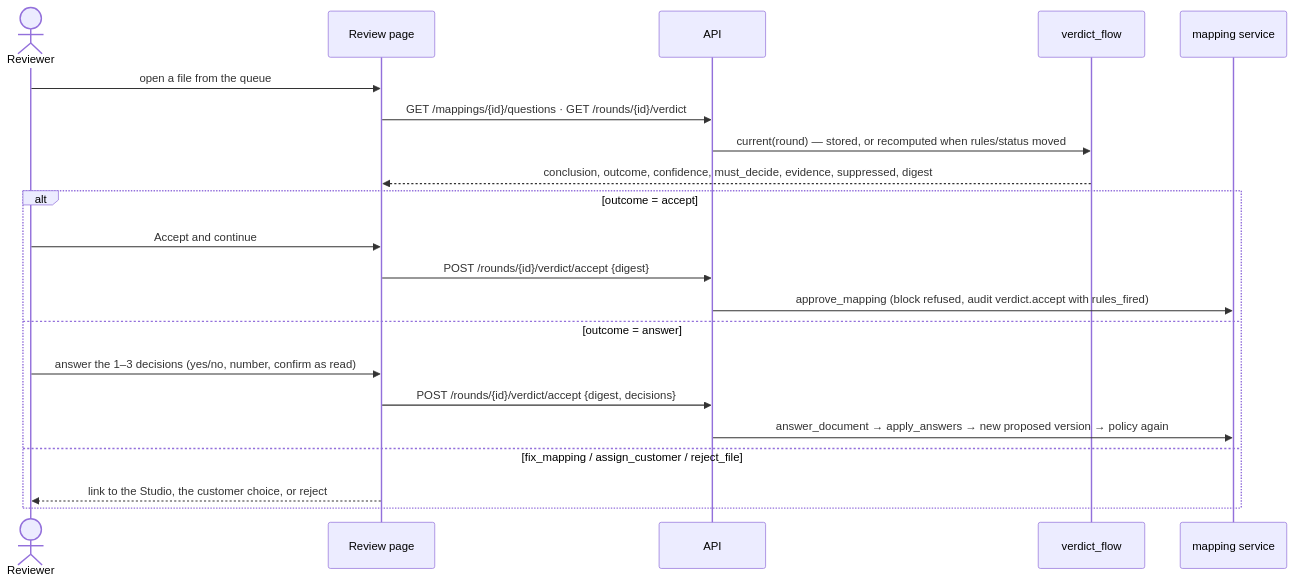
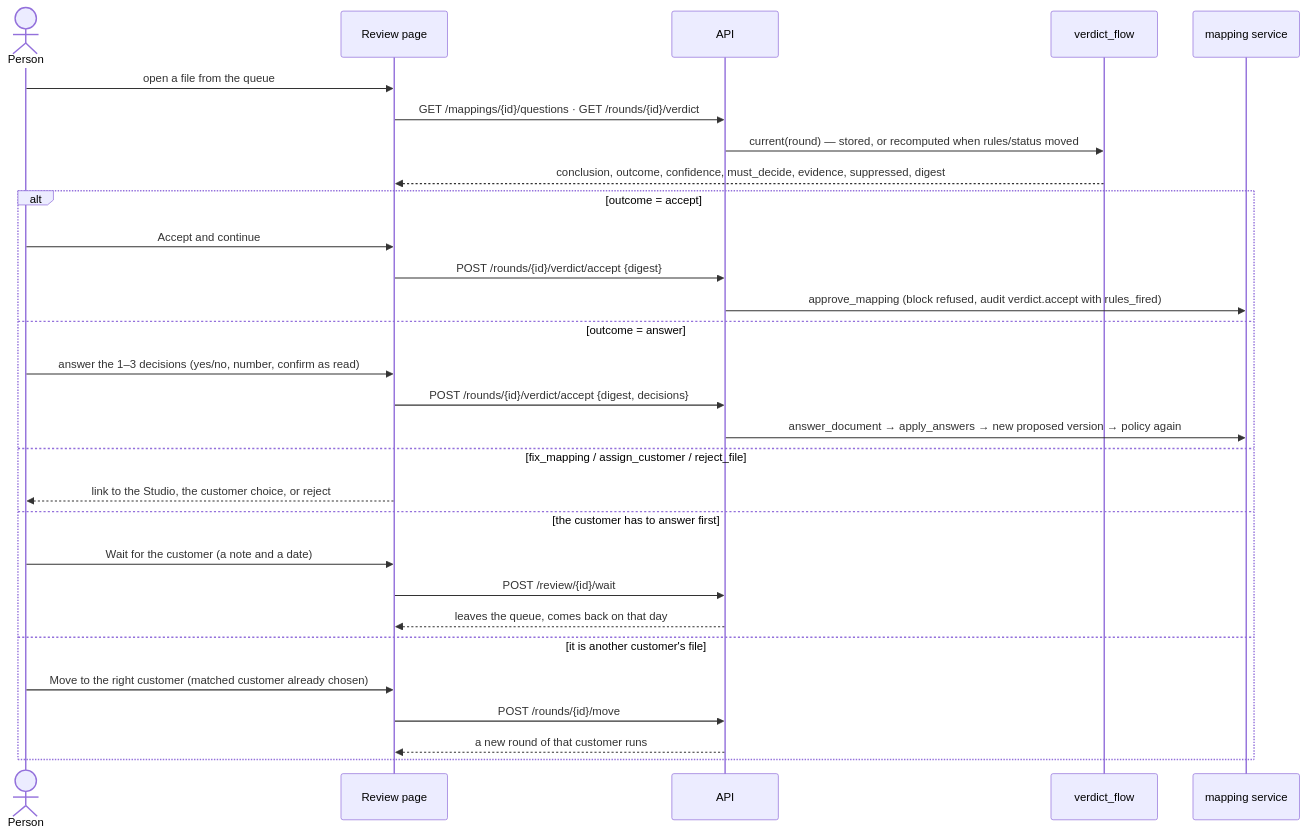
The seventh of 20 diagrams in docs/SYSTEM_FLOWS.md (BeatChalongrat/Forma), drawn with Mermaid before and after one commit. The commit also changed other lines of this file and 11 other files, not shown here.

First line of the commit message:
docs: flows and stories for one person on one machine

````diff
--- a/docs/SYSTEM_FLOWS.md
+++ b/docs/SYSTEM_FLOWS.md
@@ -166,23 +249,31 @@
 ```mermaid
 sequenceDiagram
-  actor R as Reviewer
+  actor R as Person
   participant UI as Review page
   participant API as API
   participant V as verdict_flow
   participant M as mapping service
   R->>UI: open a file from the queue
   UI->>API: GET /mappings/{id}/questions · GET /rounds/{id}/verdict
   API->>V: current(round) — stored, or recomputed when rules/status moved
   V-->>UI: conclusion, outcome, confidence, must_decide, evidence, suppressed, digest
   alt outcome = accept
     R->>UI: Accept and continue
     UI->>API: POST /rounds/{id}/verdict/accept {digest}
     API->>M: approve_mapping (block refused, audit verdict.accept with rules_fired)
   else outcome = answer
     R->>UI: answer the 1–3 decisions (yes/no, number, confirm as read)
     UI->>API: POST /rounds/{id}/verdict/accept {digest, decisions}
     API->>M: answer_document → apply_answers → new proposed version → policy again
   else fix_mapping / assign_customer / reject_file
     UI-->>R: link to the Studio, the customer choice, or reject
+  else the customer has to answer first
+    R->>UI: Wait for the customer (a note and a date)
+    UI->>API: POST /review/{id}/wait
+    API-->>UI: leaves the queue, comes back on that day
+  else it is another customer's file
+    R->>UI: Move to the right customer (matched customer already chosen)
+    UI->>API: POST /rounds/{id}/move
+    API-->>UI: a new round of that customer runs
   end
 ```
````
